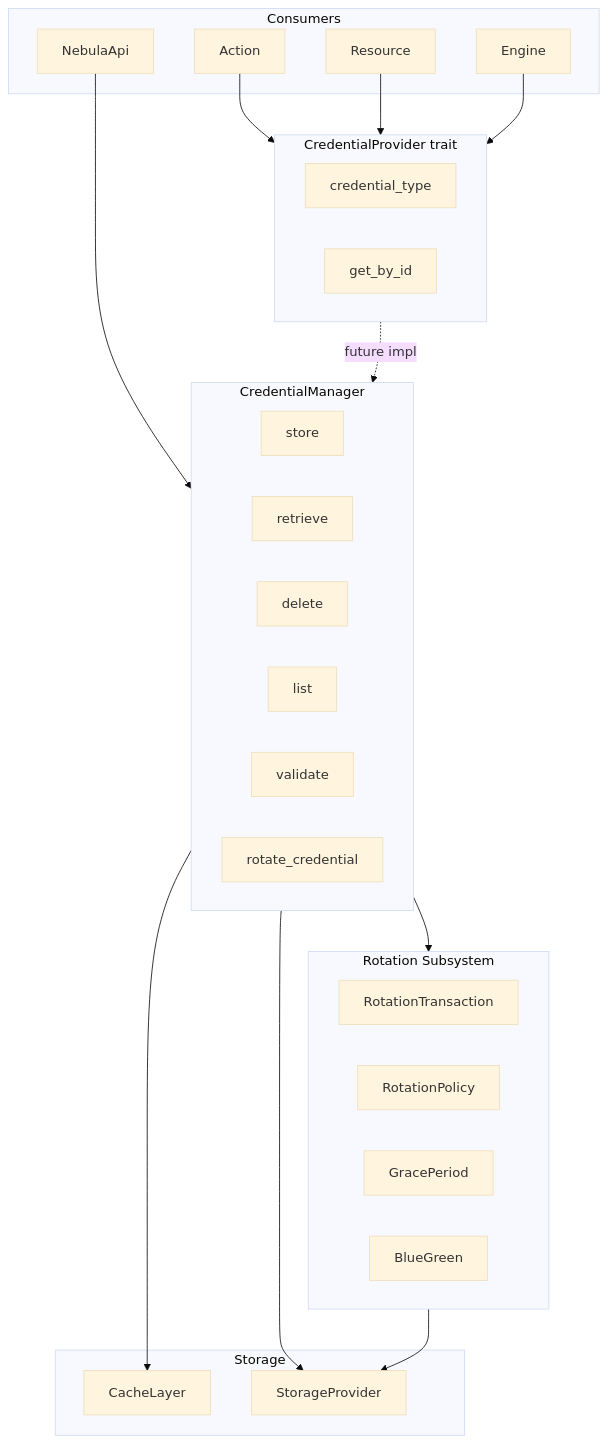
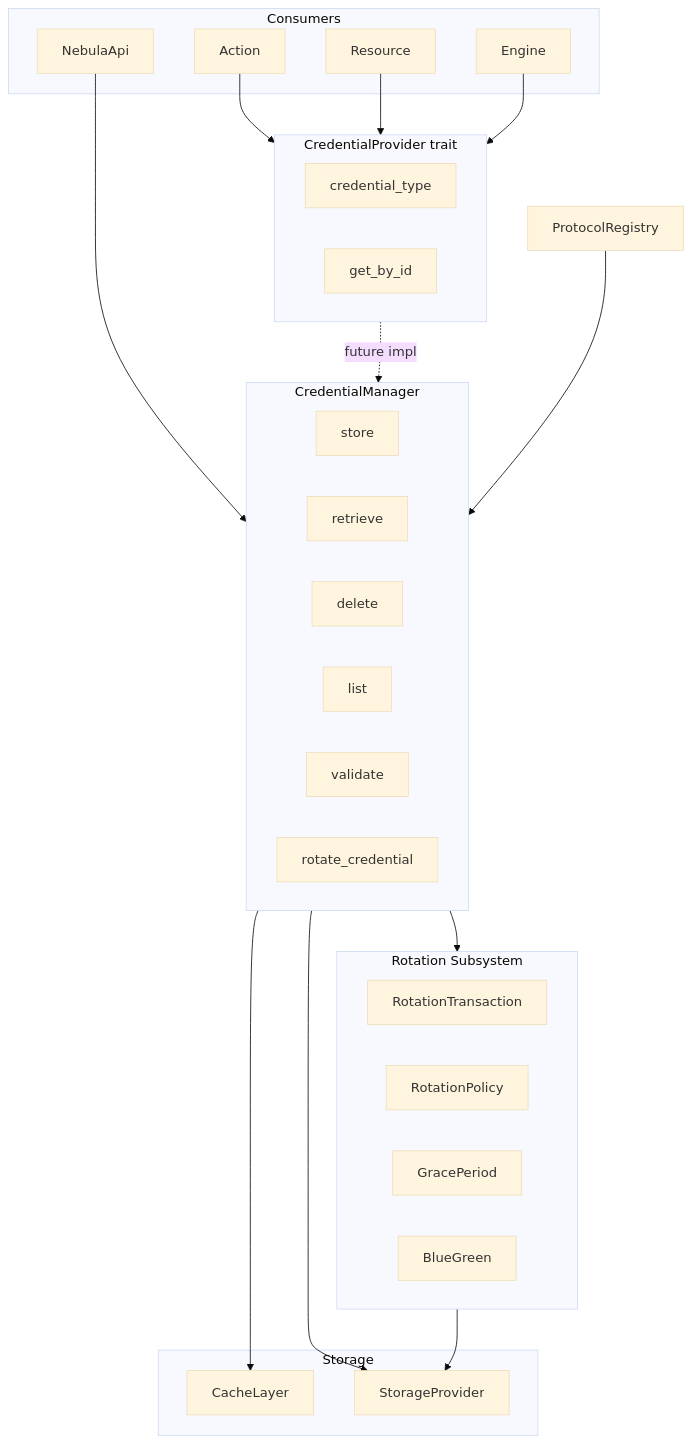
The second of 2 diagrams in docs/crates/credential/TARGET_ARCHITECTURE.md (vanyastaff/nebula), drawn with Mermaid (base theme) before and after one commit. The commit also changed other lines of this file and 9 other files, not shown here.

````diff
--- a/docs/crates/credential/TARGET_ARCHITECTURE.md
+++ b/docs/crates/credential/TARGET_ARCHITECTURE.md
@@ -50,46 +61,47 @@
 ```mermaid
 flowchart TB
     subgraph consumers [Consumers]
         Action
         Resource
         Engine
         NebulaApi
     end
 
     subgraph provider [CredentialProvider trait]
         credential_type
         get_by_id
     end
 
     subgraph manager [CredentialManager]
         store
         retrieve
         delete
         list
         validate
         rotate_credential
     end
 
     subgraph storage [Storage]
         CacheLayer
         StorageProvider
     end
 
     subgraph rotation [Rotation Subsystem]
         RotationTransaction
         RotationPolicy
         GracePeriod
         BlueGreen
     end
 
     Action --> provider
     Resource --> provider
     Engine --> provider
     NebulaApi --> manager
 
     provider -.->|future impl| manager
     manager --> CacheLayer
     manager --> StorageProvider
     manager --> rotation
     rotation --> StorageProvider
+    ProtocolRegistry --> manager
 ```
````
